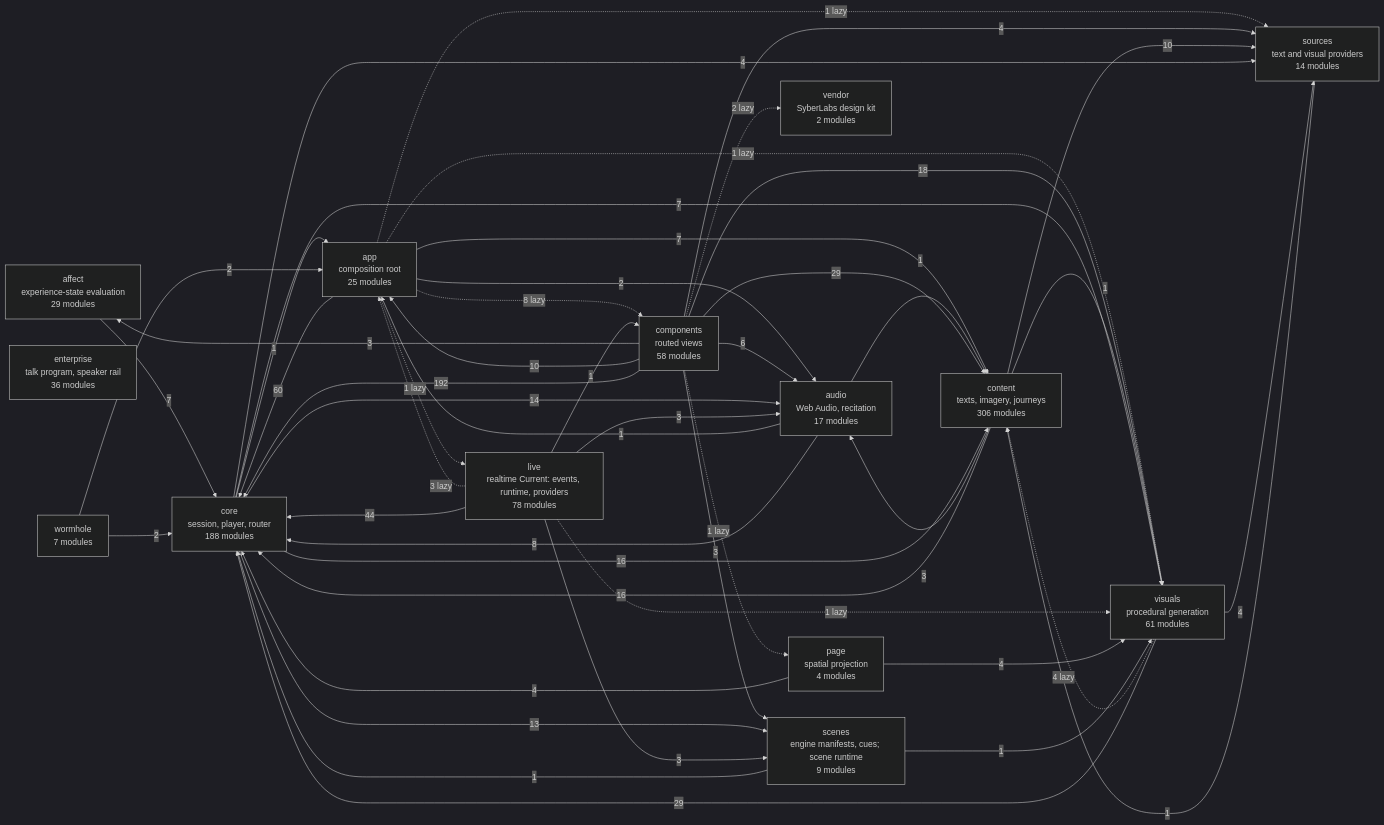
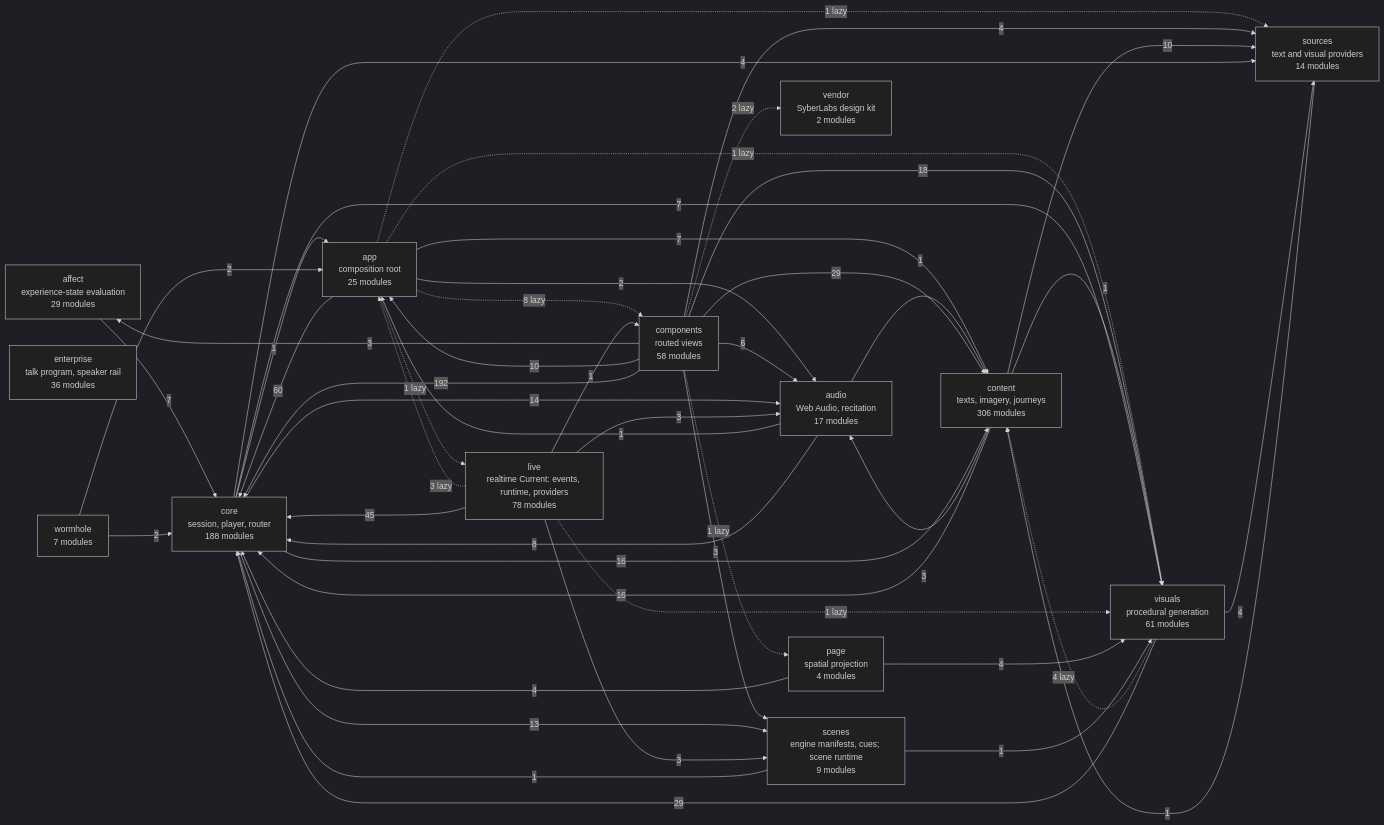
The diagram in docs/specs/ARCHITECTURE.md (SyberLabs/RISE), drawn with Mermaid (dark theme) before and after one commit.

Commit message:
Regenerate the architecture diagram: the venue reads one more name from the core (LIVE-039)

````diff
--- a/docs/specs/ARCHITECTURE.md
+++ b/docs/specs/ARCHITECTURE.md
@@ -161,65 +161,65 @@
 ```mermaid
 flowchart LR
     affect["affect<br/>experience-state evaluation<br/>29 modules"]
     app["app<br/>composition root<br/>25 modules"]
     audio["audio<br/>Web Audio, recitation<br/>17 modules"]
     components["components<br/>routed views<br/>58 modules"]
     content["content<br/>texts, imagery, journeys<br/>306 modules"]
     core["core<br/>session, player, router<br/>188 modules"]
     enterprise["enterprise<br/>talk program, speaker rail<br/>36 modules"]
     live["live<br/>realtime Current: events, runtime, providers<br/>78 modules"]
     page["page<br/>spatial projection<br/>4 modules"]
     scenes["scenes<br/>engine manifests, cues; scene runtime<br/>9 modules"]
     sources["sources<br/>text and visual providers<br/>14 modules"]
     vendor["vendor<br/>SyberLabs design kit<br/>2 modules"]
     visuals["visuals<br/>procedural generation<br/>61 modules"]
     wormhole["wormhole<br/>7 modules"]
 
     affect --> |7| core
     app --> |2| audio
     app -.-> |8 lazy| components
     app --> |7| content
     app --> |60| core
     app -.-> |1 lazy| live
     app -.-> |1 lazy| sources
     app -.-> |1 lazy| visuals
     audio --> |1| app
     audio --> |1| content
     audio --> |8| core
     components --> |3| affect
     components --> |10| app
     components --> |6| audio
     components --> |29| content
     components --> |192| core
     components -.-> |1 lazy| page
     components --> |3| scenes
     components --> |4| sources
     components -.-> |2 lazy| vendor
     components --> |18| visuals
     content --> |3| audio
     content --> |16| core
     content --> |10| sources
     content --> |1| visuals
     core --> |1| app
     core --> |14| audio
     core --> |16| content
     core --> |13| scenes
     core --> |4| sources
     core --> |7| visuals
     live -.-> |3 lazy| app
     live --> |3| audio
     live --> |1| components
-    live --> |44| core
+    live --> |45| core
     live --> |3| scenes
     live -.-> |1 lazy| visuals
     page --> |4| core
     page --> |4| visuals
     scenes --> |1| core
     scenes --> |1| visuals
     sources --> |1| content
     visuals -.-> |4 lazy| content
     visuals --> |29| core
     visuals --> |4| sources
     wormhole --> |2| app
     wormhole --> |2| core
 ```
````
